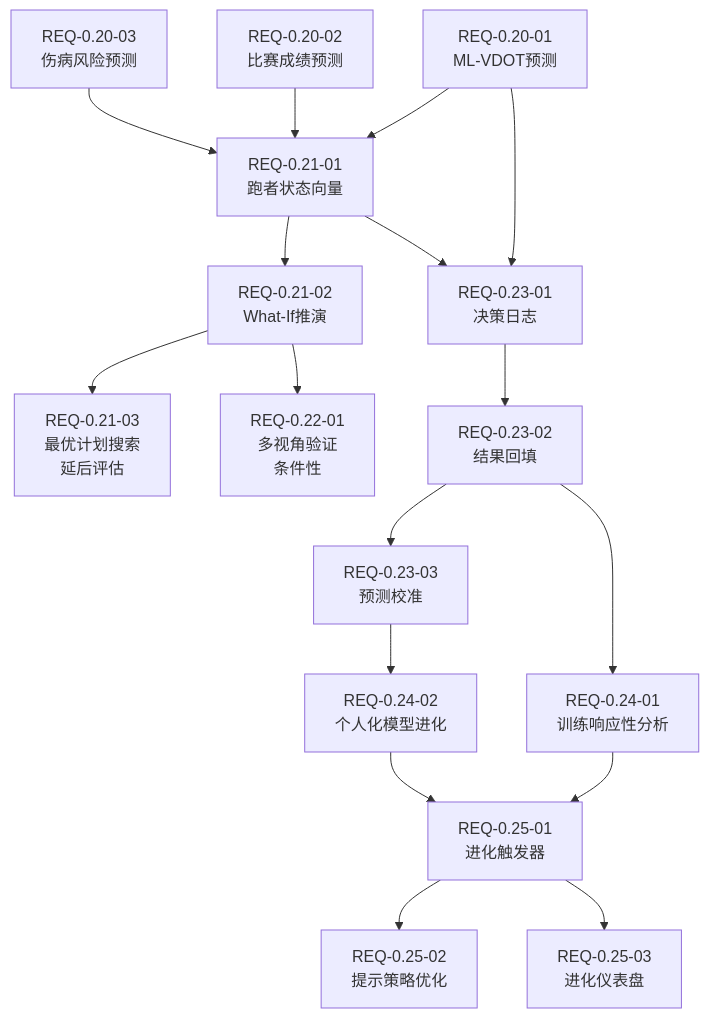
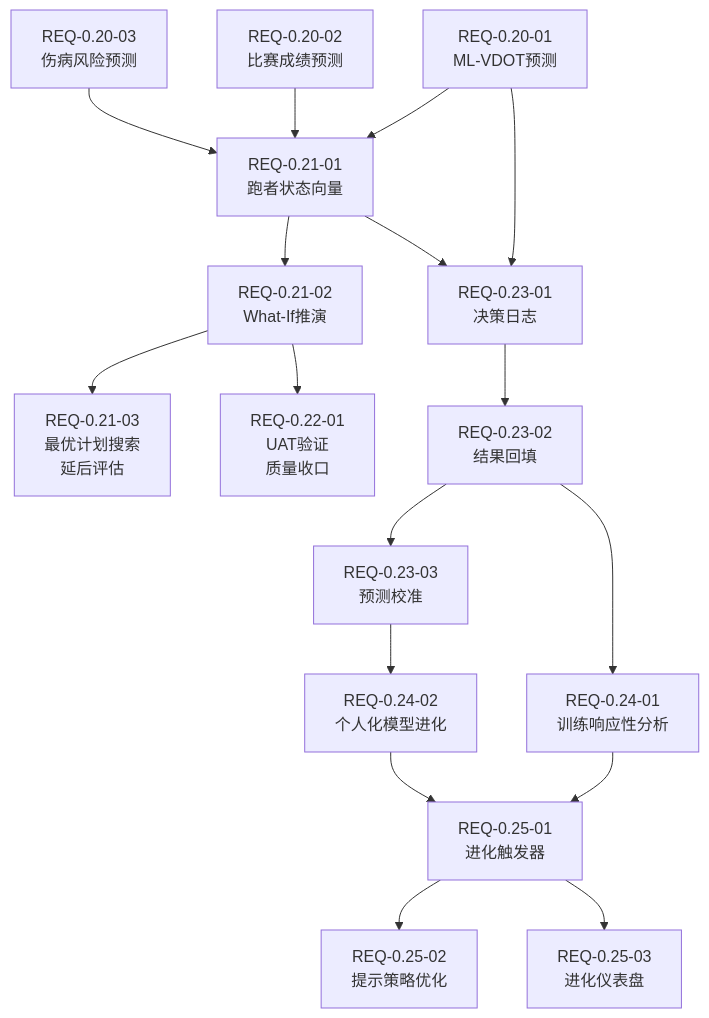
Before and after one commit to yecllsl/nanobot-runner: the first of 2 diagrams in docs/requirements/REQ_需求规格说明书.md, drawn with Mermaid. The commit also changed other lines of this file and 4 other files, not shown here.

````diff
--- a/docs/requirements/REQ_需求规格说明书.md
+++ b/docs/requirements/REQ_需求规格说明书.md
@@ -971,19 +501,19 @@
 ```mermaid
 graph TD
     REQ02001[REQ-0.20-01<br/>ML-VDOT预测] --> REQ02101[REQ-0.21-01<br/>跑者状态向量]
     REQ02002[REQ-0.20-02<br/>比赛成绩预测] --> REQ02101
     REQ02003[REQ-0.20-03<br/>伤病风险预测] --> REQ02101
     REQ02101 --> REQ02102[REQ-0.21-02<br/>What-If推演]
     REQ02102 --> REQ02103[REQ-0.21-03<br/>最优计划搜索<br/>延后评估]
-    REQ02102 --> REQ02201[REQ-0.22-01<br/>多视角验证<br/>条件性]
+    REQ02102 --> REQ02201[REQ-0.22-01<br/>UAT验证<br/>质量收口]
     REQ02001 --> REQ02301[REQ-0.23-01<br/>决策日志]
     REQ02101 --> REQ02301
     REQ02301 --> REQ02302[REQ-0.23-02<br/>结果回填]
     REQ02302 --> REQ02303[REQ-0.23-03<br/>预测校准]
     REQ02302 --> REQ02401[REQ-0.24-01<br/>训练响应性分析]
     REQ02303 --> REQ02402[REQ-0.24-02<br/>个人化模型进化]
     REQ02401 --> REQ02501[REQ-0.25-01<br/>进化触发器]
     REQ02402 --> REQ02501
     REQ02501 --> REQ02502[REQ-0.25-02<br/>提示策略优化]
     REQ02501 --> REQ02503[REQ-0.25-03<br/>进化仪表盘]
 ```
````
